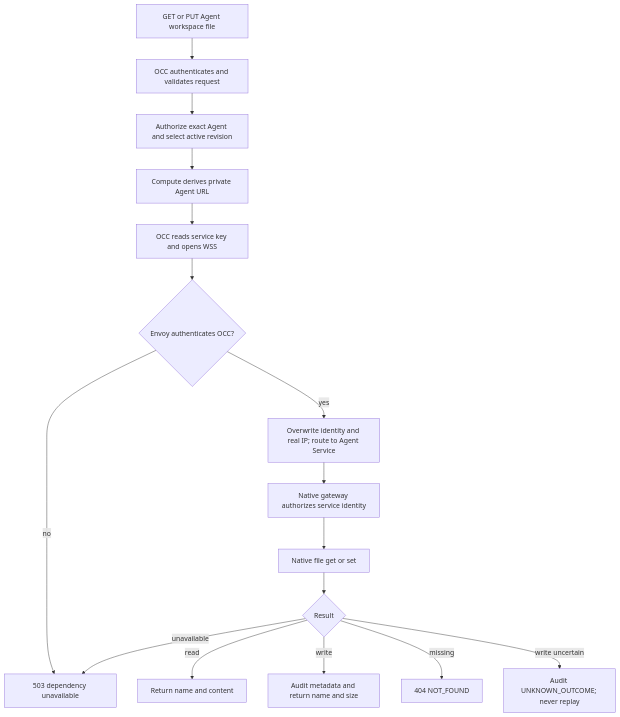
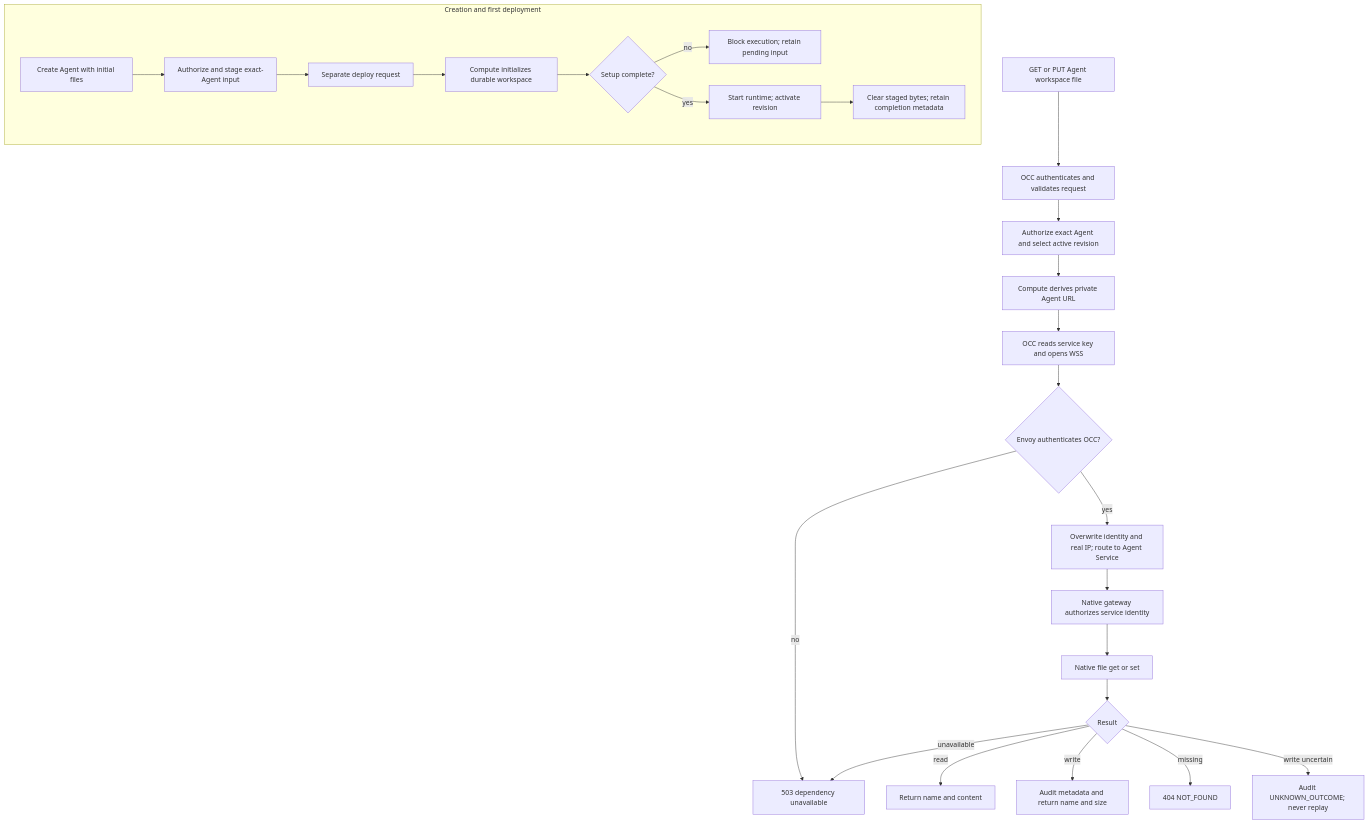
One commit to IsaiahStapleton/openclaw-enterprise changed the diagram in docs/flows/workspace-files.md. Above: the diagram before and after it, drawn with Mermaid. The commit also changed other lines of this file and 52 other files, not shown here.

Commit message:
feat: initialize Agent workspace files before first runtime

````diff
--- a/docs/flows/workspace-files.md
+++ b/docs/flows/workspace-files.md
@@ -38,18 +41,27 @@
 ```mermaid
 graph TD
+  subgraph Initial["Creation and first deployment"]
+    S["Create Agent with initial files"] --> T["Authorize and stage exact-Agent input"]
+    T --> U["Separate deploy request"]
+    U --> V["Compute initializes durable workspace"]
+    V --> W{"Setup complete?"}
+    W -->|no| X["Block execution; retain pending input"]
+    W -->|yes| Y["Start runtime; activate revision"]
+    Y --> Z["Clear staged bytes; retain completion metadata"]
+  end
   A["GET or PUT Agent workspace file"] --> B["OCC authenticates and validates request"]
   B --> C["Authorize exact Agent and select active revision"]
   C --> D["Compute derives private Agent URL"]
   D --> E["OCC reads service key and opens WSS"]
   E --> F{"Envoy authenticates OCC?"}
   F -->|no| G["503 dependency unavailable"]
   F -->|yes| H["Overwrite identity and real IP; route to Agent Service"]
   H --> I["Native gateway authorizes service identity"]
   I --> J["Native file get or set"]
   J --> K{"Result"}
   K -->|read| L["Return name and content"]
   K -->|write| M["Audit metadata and return name and size"]
   K -->|missing| N["404 NOT_FOUND"]
   K -->|unavailable| G
   K -->|write uncertain| O["Audit UNKNOWN_OUTCOME; never replay"]
 ```
````
